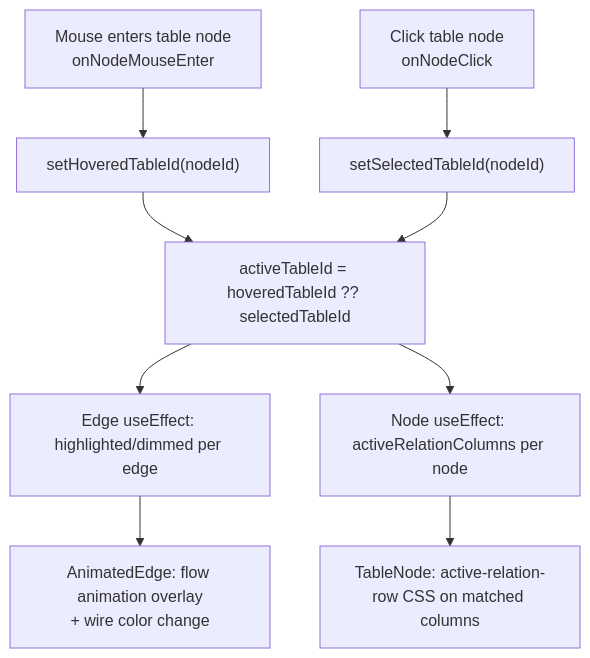
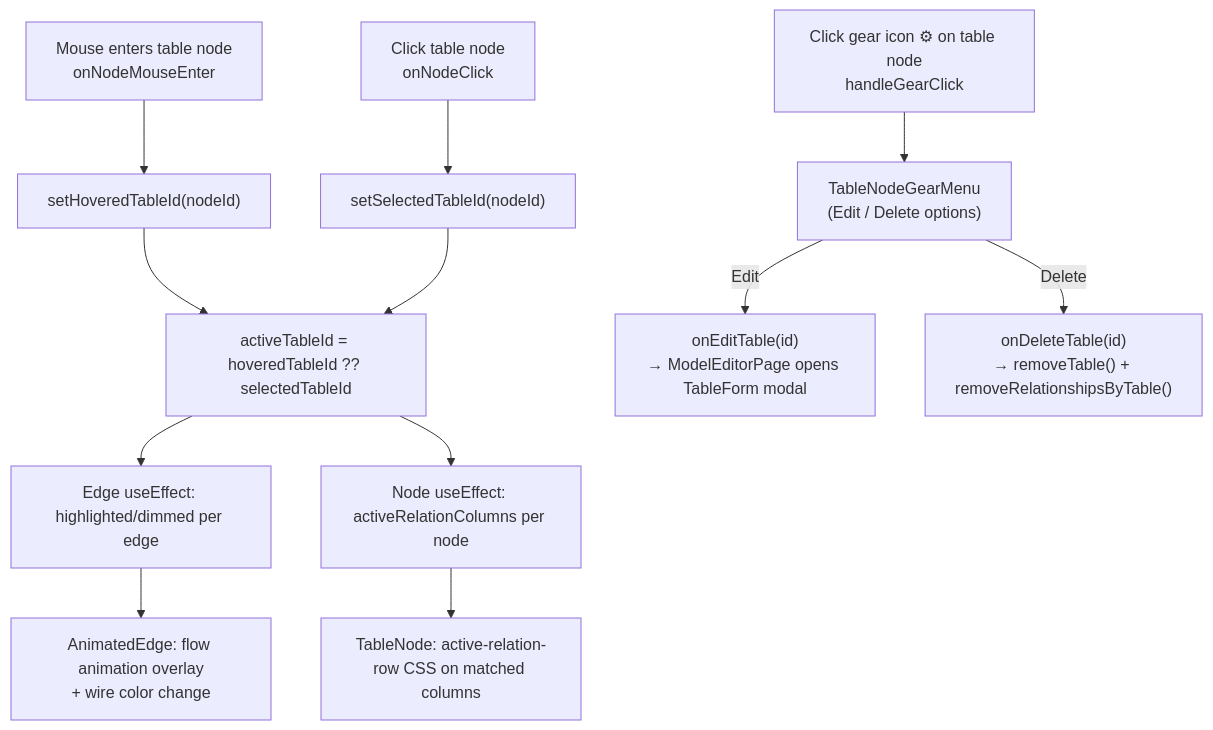
Before and after one commit to Carlosmps97/web-data-model-hub: the sixth of 8 diagrams in doc/data-flow.md, drawn with Mermaid. The commit also changed other lines of this file and 21 other files, not shown here.

````diff
--- a/doc/data-flow.md
+++ b/doc/data-flow.md
@@ -136,12 +138,16 @@
 ```mermaid
 flowchart TD
     H["Mouse enters table node\nonNodeMouseEnter"] --> HS["setHoveredTableId(nodeId)"]
     HS --> AT["activeTableId = hoveredTableId ?? selectedTableId"]
     AT --> CE["Edge useEffect: highlighted/dimmed per edge"]
     AT --> CN["Node useEffect: activeRelationColumns per node"]
     CE --> AE["AnimatedEdge: flow animation overlay\n+ wire color change"]
     CN --> TN["TableNode: active-relation-row CSS on matched columns"]
 
     C["Click table node\nonNodeClick"] --> SS["setSelectedTableId(nodeId)"]
     SS --> AT
+
+    G["Click gear icon ⚙ on table node\nhandleGearClick"] --> GM["TableNodeGearMenu\n(Edit / Delete options)"]
+    GM -->|"Edit"| OE["onEditTable(id)\n→ ModelEditorPage opens TableForm modal"]
+    GM -->|"Delete"| OD["onDeleteTable(id)\n→ removeTable() + removeRelationshipsByTable()"]
 ```
````
